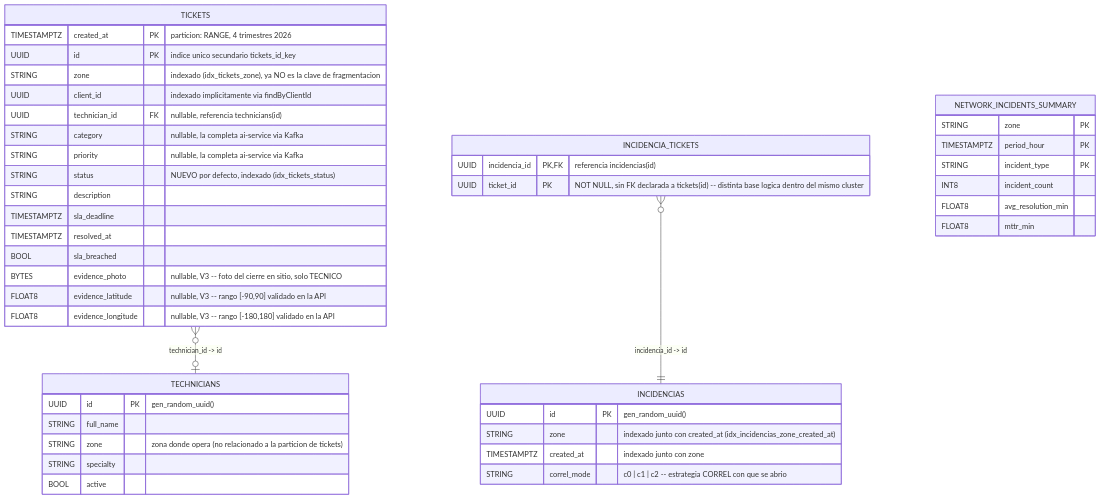
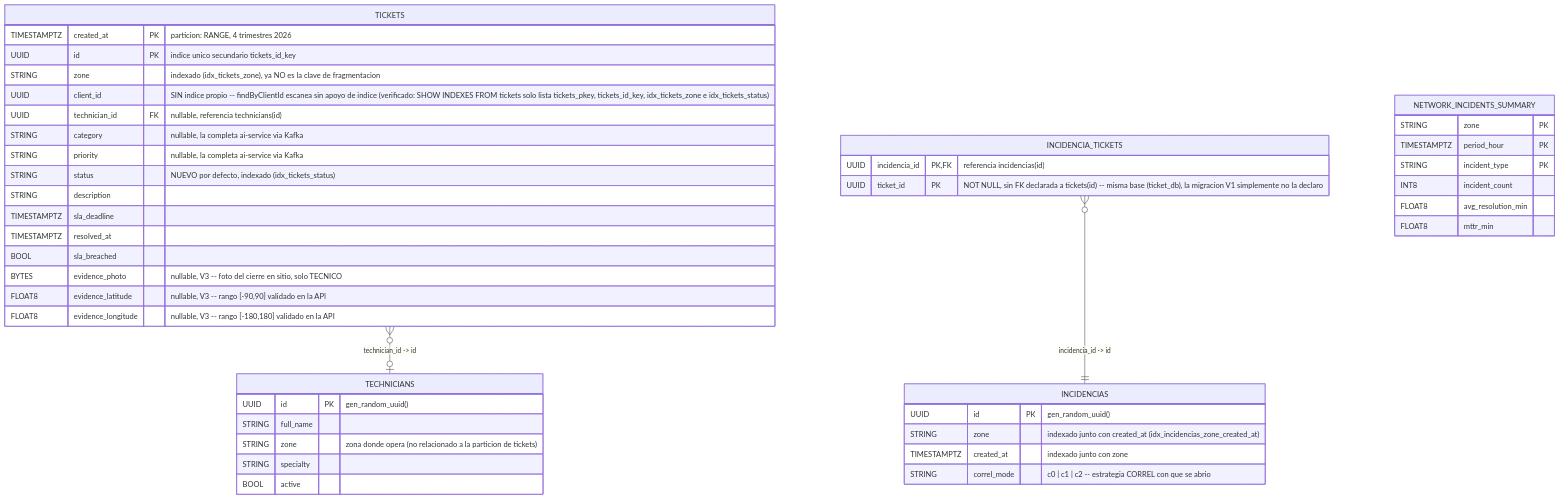
The diagram in docs/diagrams/db-schema.md (gleiston-guerrero/PFC-SOPORTE-ISP), drawn with Mermaid before and after one commit. The commit also changed other lines of this file and 7 other files, not shown here.

````diff
--- a/docs/diagrams/db-schema.md
+++ b/docs/diagrams/db-schema.md
@@ -12,52 +12,52 @@
 ```mermaid
 erDiagram
     TICKETS {
         TIMESTAMPTZ created_at PK "particion: RANGE, 4 trimestres 2026"
         UUID id PK "indice unico secundario tickets_id_key"
         STRING zone "indexado (idx_tickets_zone), ya NO es la clave de fragmentacion"
-        UUID client_id "indexado implicitamente via findByClientId"
+        UUID client_id "SIN indice propio -- findByClientId escanea sin apoyo de indice (verificado: SHOW INDEXES FROM tickets solo lista tickets_pkey, tickets_id_key, idx_tickets_zone e idx_tickets_status)"
         UUID technician_id FK "nullable, referencia technicians(id)"
         STRING category "nullable, la completa ai-service via Kafka"
         STRING priority "nullable, la completa ai-service via Kafka"
         STRING status "NUEVO por defecto, indexado (idx_tickets_status)"
         STRING description
         TIMESTAMPTZ sla_deadline
         TIMESTAMPTZ resolved_at
         BOOL sla_breached
         BYTES evidence_photo "nullable, V3 -- foto del cierre en sitio, solo TECNICO"
         FLOAT8 evidence_latitude "nullable, V3 -- rango [-90,90] validado en la API"
         FLOAT8 evidence_longitude "nullable, V3 -- rango [-180,180] validado en la API"
     }
 
     TECHNICIANS {
         UUID id PK "gen_random_uuid()"
         STRING full_name
         STRING zone "zona donde opera (no relacionado a la particion de tickets)"
         STRING specialty
         BOOL active
     }
 
     INCIDENCIAS {
         UUID id PK "gen_random_uuid()"
         STRING zone "indexado junto con created_at (idx_incidencias_zone_created_at)"
         TIMESTAMPTZ created_at "indexado junto con zone"
         STRING correl_mode "c0 | c1 | c2 -- estrategia CORREL con que se abrio"
     }
 
     INCIDENCIA_TICKETS {
         UUID incidencia_id PK, FK "referencia incidencias(id)"
-        UUID ticket_id PK "NOT NULL, sin FK declarada a tickets(id) -- distinta base logica dentro del mismo cluster"
+        UUID ticket_id PK "NOT NULL, sin FK declarada a tickets(id) -- misma base (ticket_db), la migracion V1 simplemente no la declaro"
     }
 
     NETWORK_INCIDENTS_SUMMARY {
         STRING zone PK
         TIMESTAMPTZ period_hour PK
         STRING incident_type PK
         INT8 incident_count
         FLOAT8 avg_resolution_min
         FLOAT8 mttr_min
     }
 
     TICKETS }o--o| TECHNICIANS : "technician_id -> id"
     INCIDENCIA_TICKETS }o--|| INCIDENCIAS : "incidencia_id -> id"
 ```
````
